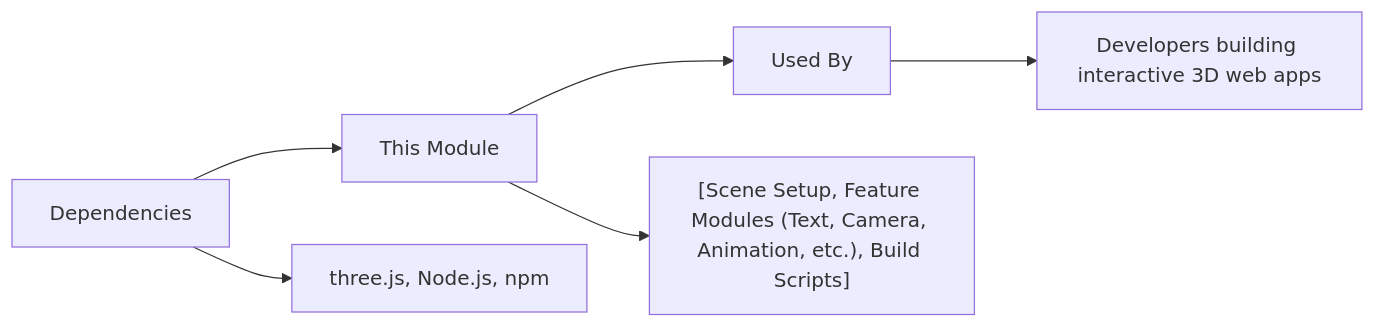
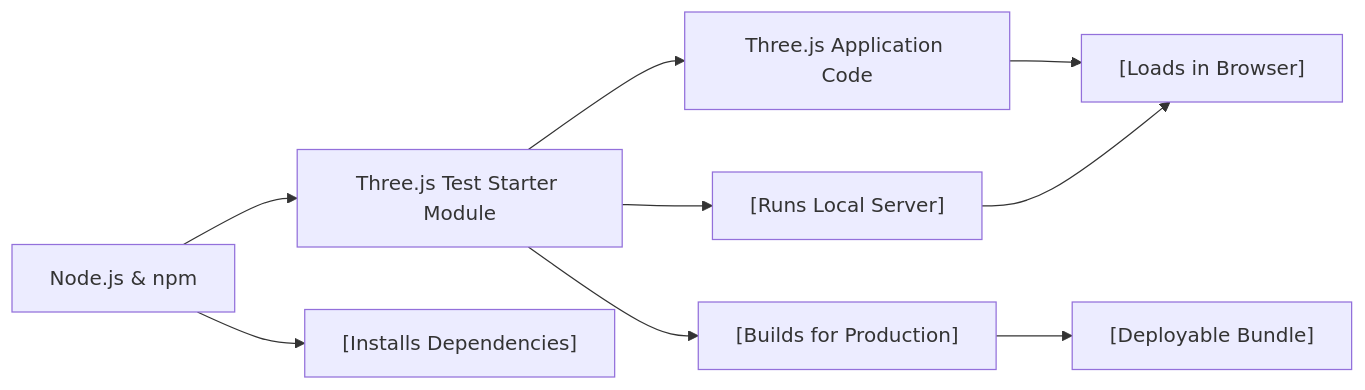
Before and after one commit to NicoooM/three-js-test: the diagram in .shelfya/README.md, drawn with Mermaid. The commit also changed other lines of this file and 15 other files, not shown here.

````diff
--- a/.shelfya/README.md
+++ b/.shelfya/README.md
@@ -64,7 +37,10 @@
 ```mermaid
 flowchart LR
-  dependencies["Dependencies"] --> thisModule["This Module"] --> usedBy["Used By"]
-  dependencies --> details["three.js, Node.js, npm"]
-  thisModule --> process["[Scene Setup, Feature Modules (Text, Camera, Animation, etc.), Build Scripts]"]
-  usedBy --> consumers["Developers building interactive 3D web apps"]
+  npm["Node.js & npm"] --> starterModule["Three.js Test Starter Module"] --> userProject["Three.js Application Code"]
+  npm --> userDeps["[Installs Dependencies]"]
+  starterModule --> devServer["[Runs Local Server]"] 
+  starterModule --> prodBuild["[Builds for Production]"] 
+  userProject --> browser["[Loads in Browser]"]
+  devServer --> browser
+  prodBuild --> distOutput["[Deployable Bundle]"]
 ```
````
